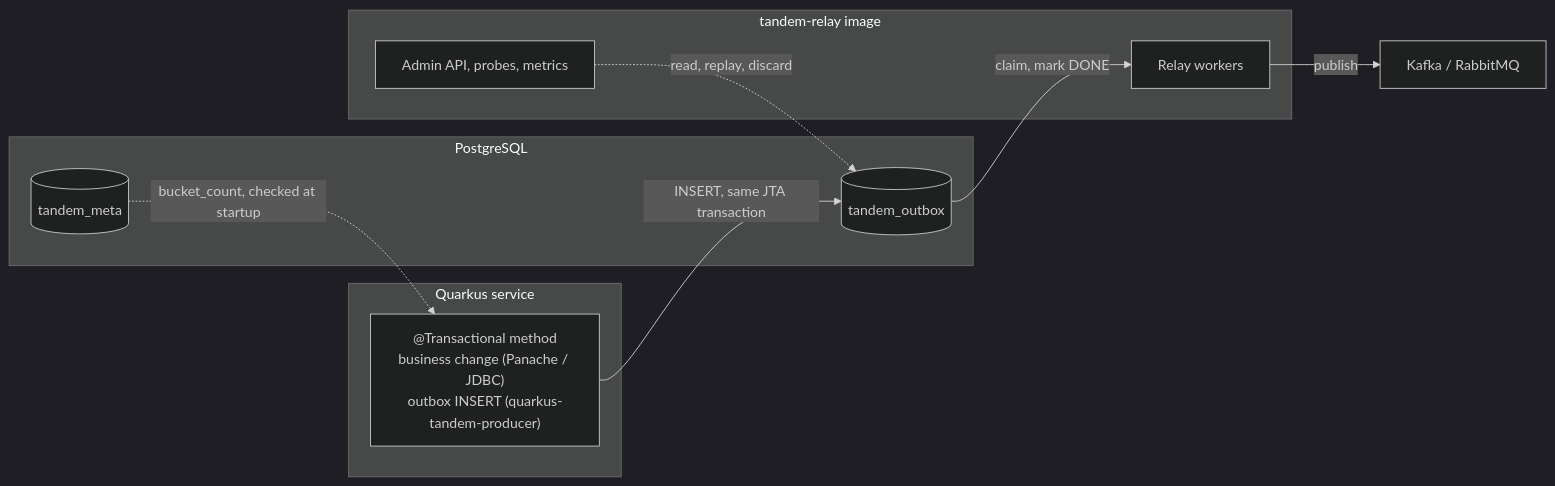
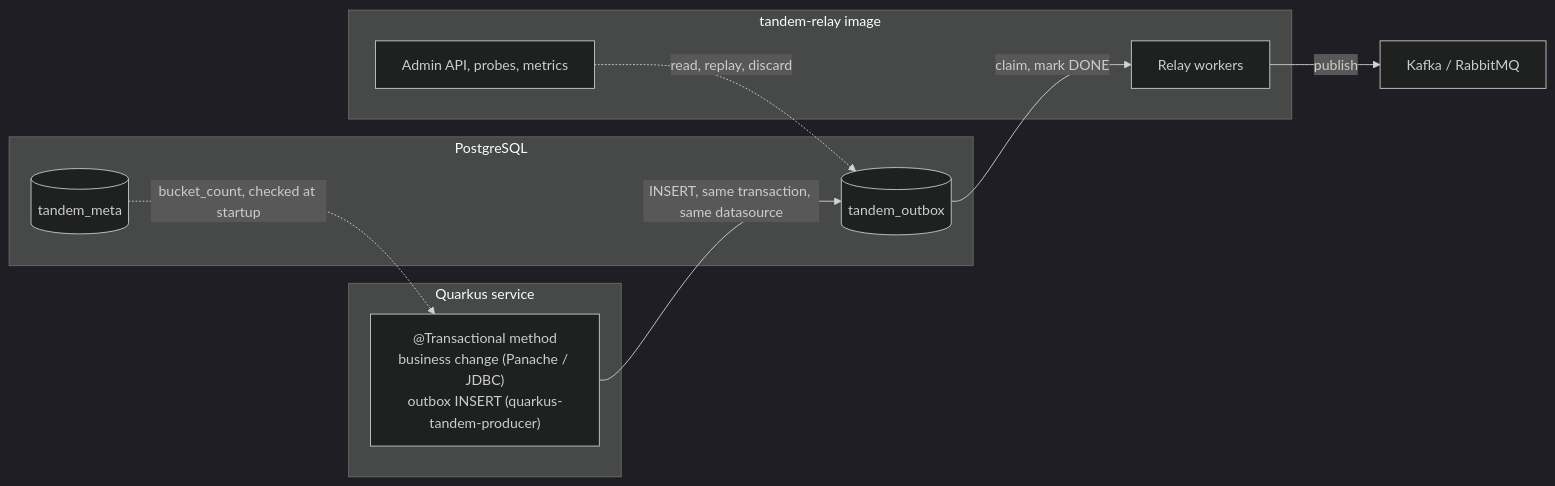
One commit to alirux/tandem-transactional-outbox-kafka changed the diagram in docs/HLD-quarkus.md. Above: the diagram before and after it, drawn with Mermaid (dark theme). The commit also changed other lines of this file and 1 other file, not shown here.

````diff
--- a/docs/HLD-quarkus.md
+++ b/docs/HLD-quarkus.md
@@ -64,21 +72,21 @@
 ```mermaid
 flowchart LR
     subgraph app["Quarkus service"]
         tx["@Transactional method<br/>business change (Panache / JDBC)<br/>outbox INSERT (quarkus-tandem-producer)"]
     end
     subgraph db["PostgreSQL"]
         outbox[("tandem_outbox")]
         meta[("tandem_meta")]
     end
     subgraph relay["tandem-relay image"]
         workers["Relay workers"]
         admin["Admin API, probes, metrics"]
     end
     broker["Kafka / RabbitMQ"]
 
-    tx -->|"INSERT, same JTA transaction"| outbox
+    tx -->|"INSERT, same transaction, same datasource"| outbox
     meta -.->|"bucket_count, checked at startup"| tx
     outbox -->|"claim, mark DONE"| workers
     workers -->|publish| broker
     admin -.->|"read, replay, discard"| outbox
 ```
````
